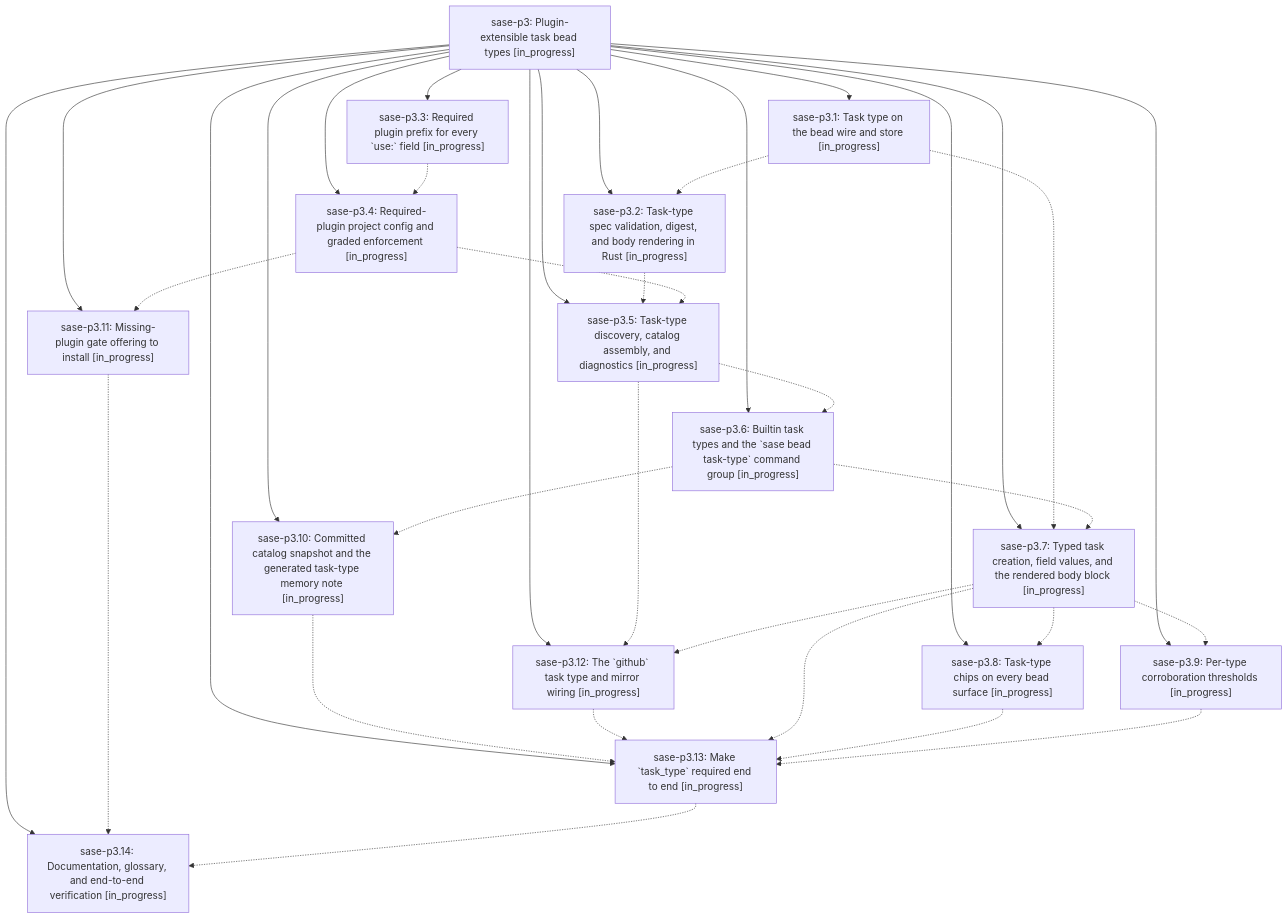
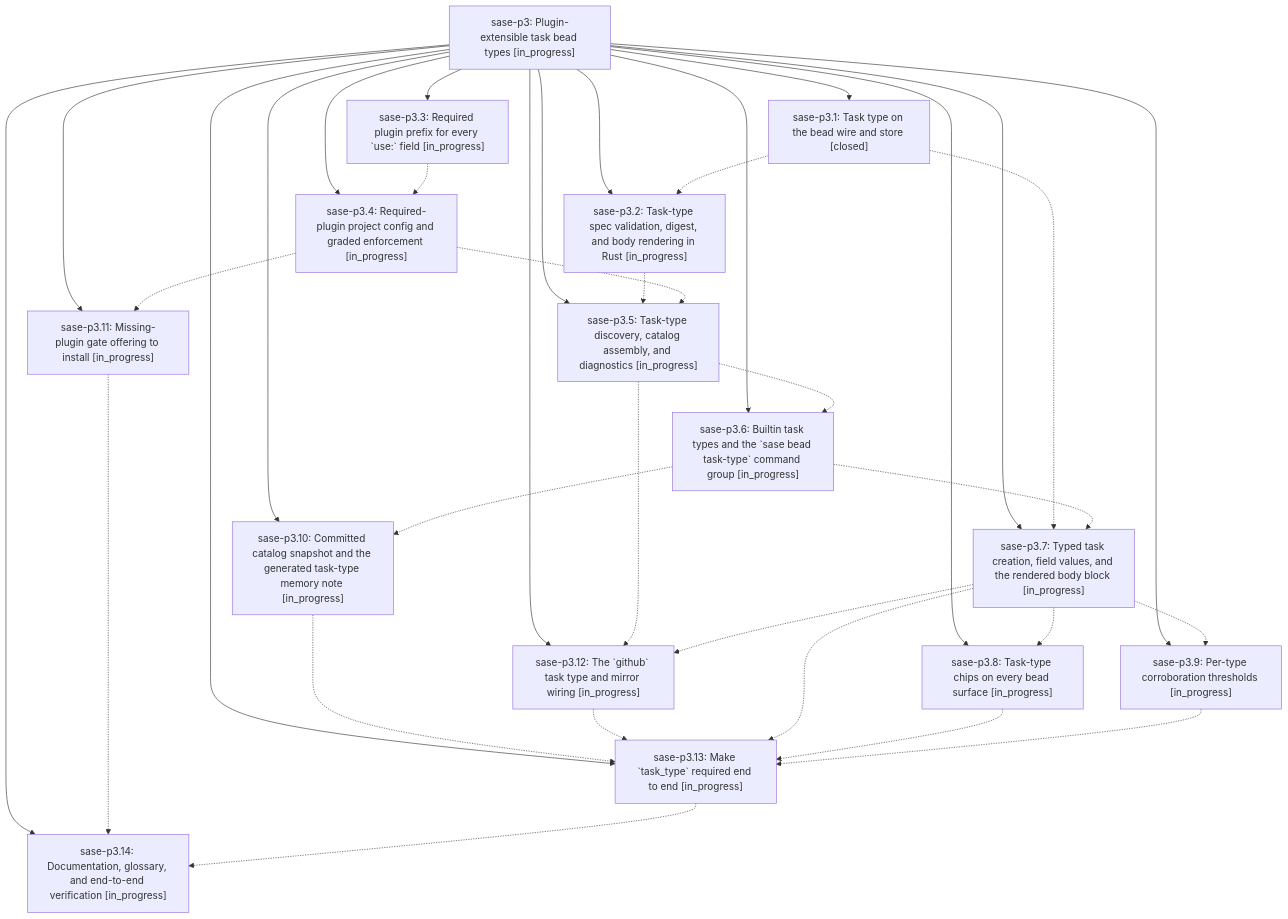
Before and after one commit to sase-org/sase--beads: the diagram in pages/sase-p3/README.md, drawn with Mermaid. The commit also changed other lines of this file and 4 other files, not shown here.

First line of the commit message:
chore(beads): sync bead state and pages for sase-p3

````diff
--- a/pages/sase-p3/README.md
+++ b/pages/sase-p3/README.md
@@ -35,52 +35,52 @@
 ```mermaid
 flowchart TD
     n0["sase-p3: Plugin-extensible task bead types [in_progress]"]
-    n1["sase-p3.1: Task type on the bead wire and store [in_progress]"]
+    n1["sase-p3.1: Task type on the bead wire and store [closed]"]
     n2["sase-p3.10: Committed catalog snapshot and the generated task-type memory note [in_progress]"]
     n3["sase-p3.11: Missing-plugin gate offering to install [in_progress]"]
     n4["sase-p3.12: The `github` task type and mirror wiring [in_progress]"]
     n5["sase-p3.13: Make `task_type` required end to end [in_progress]"]
     n6["sase-p3.14: Documentation, glossary, and end-to-end verification [in_progress]"]
     n7["sase-p3.2: Task-type spec validation, digest, and body rendering in Rust [in_progress]"]
     n8["sase-p3.3: Required plugin prefix for every `use:` field [in_progress]"]
     n9["sase-p3.4: Required-plugin project config and graded enforcement [in_progress]"]
     n10["sase-p3.5: Task-type discovery, catalog assembly, and diagnostics [in_progress]"]
     n11["sase-p3.6: Builtin task types and the `sase bead task-type` command group [in_progress]"]
     n12["sase-p3.7: Typed task creation, field values, and the rendered body block [in_progress]"]
     n13["sase-p3.8: Task-type chips on every bead surface [in_progress]"]
     n14["sase-p3.9: Per-type corroboration thresholds [in_progress]"]
     n0 --> n1
     n0 --> n2
     n0 --> n3
     n0 --> n4
     n0 --> n5
     n0 --> n6
     n0 --> n7
     n0 --> n8
     n0 --> n9
     n0 --> n10
     n0 --> n11
     n0 --> n12
     n0 --> n13
     n0 --> n14
     n1 -.-> n7
     n1 -.-> n12
     n2 -.-> n5
     n3 -.-> n6
     n4 -.-> n5
     n5 -.-> n6
     n7 -.-> n10
     n8 -.-> n9
     n9 -.-> n3
     n9 -.-> n10
     n10 -.-> n4
     n10 -.-> n11
     n11 -.-> n2
     n11 -.-> n12
     n12 -.-> n4
     n12 -.-> n5
     n12 -.-> n13
     n12 -.-> n14
     n13 -.-> n5
     n14 -.-> n5
 ```
````
